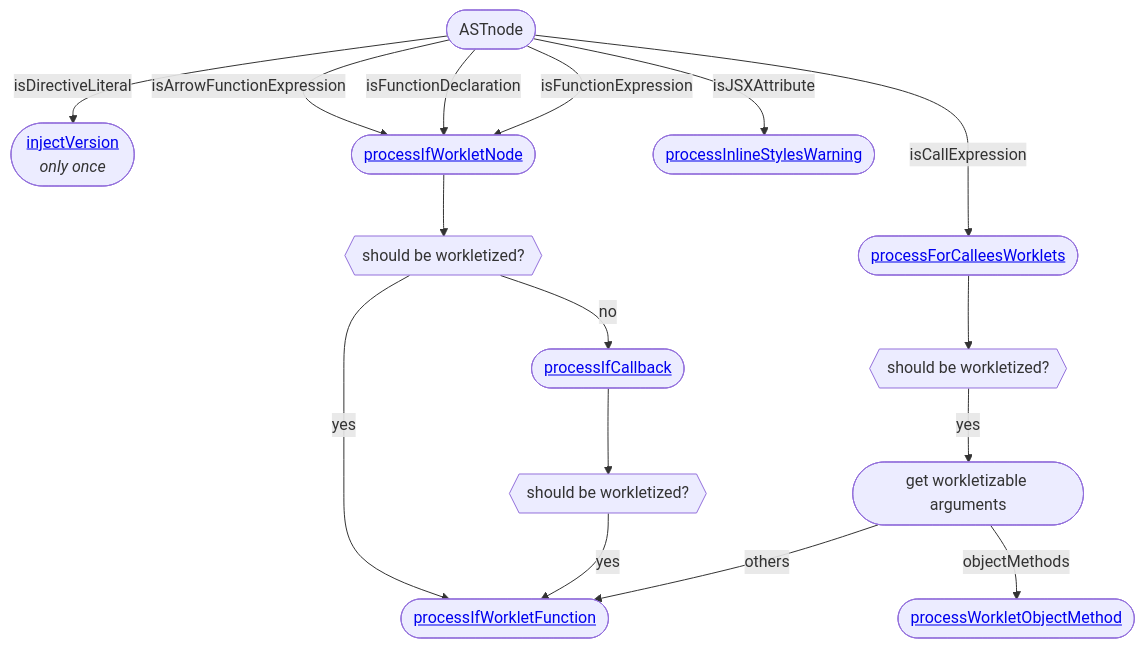
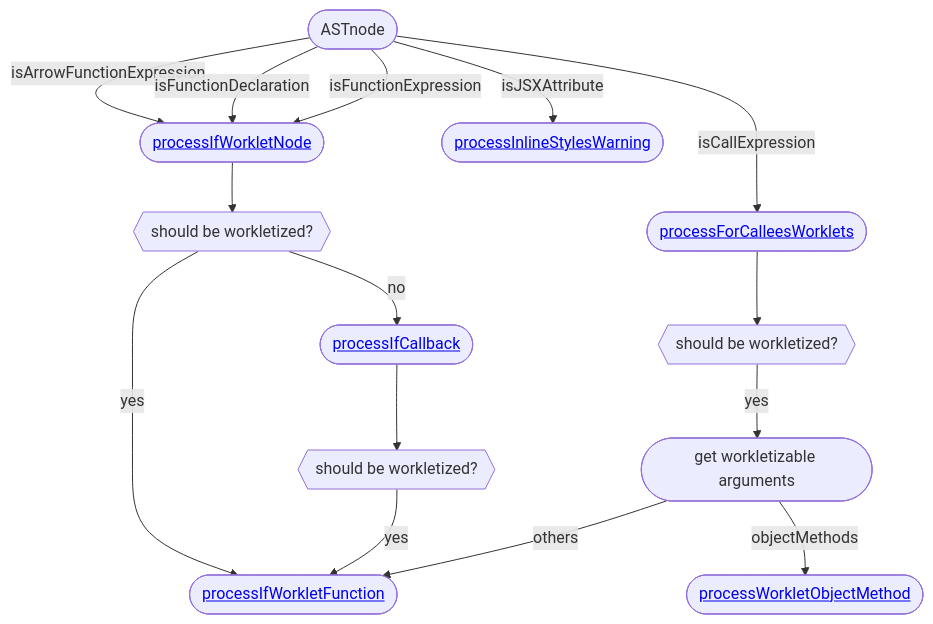
One commit to mccoyplayer/animation changed the second of 2 diagrams in plugin/README-dev.md. Above: the diagram before and after it, drawn with Mermaid. The commit also changed 1 other file, not shown here.

Commit message:
Remove legacy plugin version check (#5033)
<!-- Thanks for submitting a pull request! We appreciate you spending
the time to work on these changes. Please follow the template so that
the reviewers can easily understand what the code changes affect. -->

## Summary

Was superseded by the mechanism of version injection to every worklet.

````diff
--- a/plugin/README-dev.md
+++ b/plugin/README-dev.md
@@ -179,30 +179,28 @@
 ```mermaid
 flowchart TB
 node([ASTnode])
-iv([<a href='https://github.com/software-mansion/react-native-reanimated/tree/main/plugin/src/injectVersion.ts'>injectVersion</a><br><i>only once</i>])
 pw([<a href='https://github.com/software-mansion/react-native-reanimated/tree/main/plugin/src/processForCalleesWorklets.ts'>processForCalleesWorklets</a>])
 pwsbw{{should be workletized?}}
 pwgwa([get workletizable arguments])
 pwn([<a href='https://github.com/software-mansion/react-native-reanimated/tree/main/plugin/src/processIfWorkletNode.ts'>processIfWorkletNode</a>])
 pwnsbw{{should be workletized?}}
 pgh([<a href='https://github.com/software-mansion/react-native-reanimated/blob/main/plugin/src/processIfCallback.ts'>processIfCallback</a>])
 pghsbw{{should be workletized?}}
 pwf([<a href='https://github.com/software-mansion/react-native-reanimated/tree/main/plugin/src/processIfWorkletFunction.ts'>processIfWorkletFunction</a>])
 pwom([<a href='https://github.com/software-mansion/react-native-reanimated/tree/main/plugin/src/processWorkletObjectMethod.ts'>processWorkletObjectMethod</a>])
 pisw([<a href='https://github.com/software-mansion/react-native-reanimated/tree/main/plugin/src/processInlineStylesWarning.ts'>processInlineStylesWarning</a>])
-node-->|isDirectiveLiteral|iv
 node-->|isCallExpression|pw
 node-->|isArrowFunctionExpression|pwn
 node-->|isFunctionDeclaration|pwn
 node-->|isFunctionExpression|pwn
 node-->|isJSXAttribute|pisw
 pwn-->pwnsbw
 pwnsbw-->|yes|pwf
 pwnsbw-->|no|pgh
 pgh-->pghsbw
 pghsbw-->|yes|pwf
 pw-->pwsbw
 pwsbw-->|yes|pwgwa
 pwgwa-->|others|pwf
 pwgwa-->|objectMethods|pwom
 ```
````
